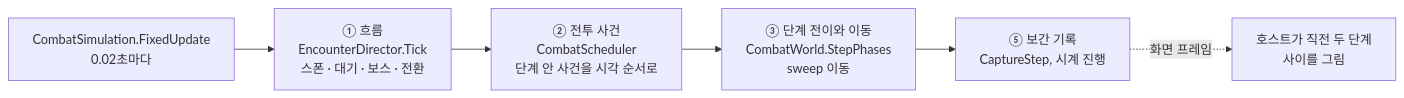
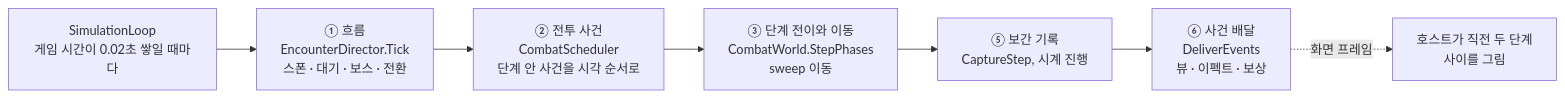
One commit to answk427/IdleGameProtoType changed the second of 6 diagrams in README.md. Above: the diagram before and after it, drawn with Mermaid. The commit also changed other lines of this file and 20 other files, not shown here.

````diff
--- a/README.md
+++ b/README.md
@@ -109,8 +109,9 @@
 ```mermaid
 flowchart LR
-    FU["CombatSimulation.FixedUpdate<br/>0.02초마다"] --> P1["① 흐름<br/>EncounterDirector.Tick<br/>스폰 · 대기 · 보스 · 전환"]
+    FU["SimulationLoop<br/>게임 시간이 0.02초 쌓일 때마다"] --> P1["① 흐름<br/>EncounterDirector.Tick<br/>스폰 · 대기 · 보스 · 전환"]
     P1 --> P2["② 전투 사건<br/>CombatScheduler<br/>단계 안 사건을 시각 순서로"]
     P2 --> P3["③ 단계 전이와 이동<br/>CombatWorld.StepPhases<br/>sweep 이동"]
     P3 --> P5["⑤ 보간 기록<br/>CaptureStep, 시계 진행"]
-    P5 -.->|"화면 프레임"| R["호스트가 직전 두 단계<br/>사이를 그림"]
+    P5 --> P6["⑥ 사건 배달<br/>DeliverEvents<br/>뷰 · 이펙트 · 보상"]
+    P6 -.->|"화면 프레임"| R["호스트가 직전 두 단계<br/>사이를 그림"]
 ```
````
